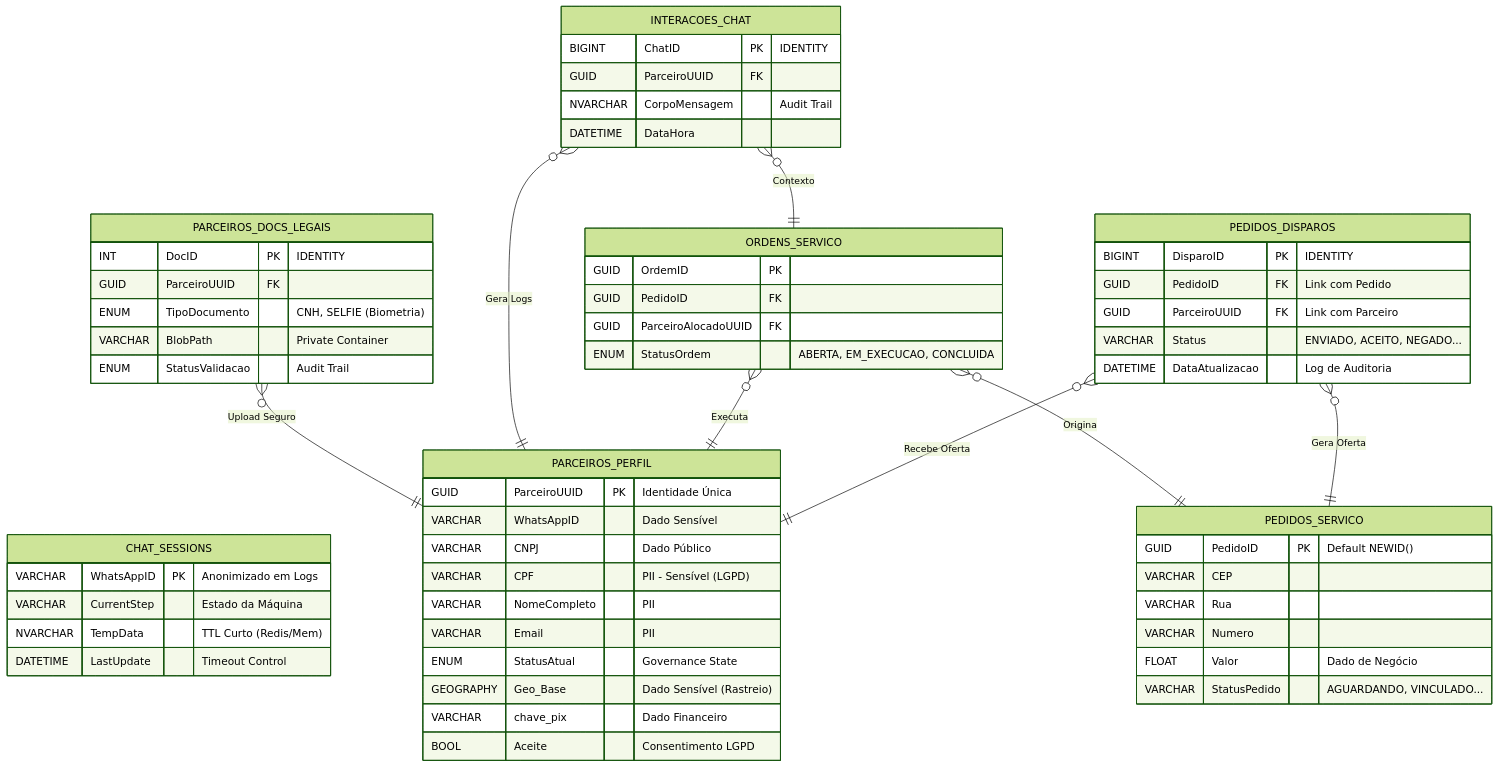
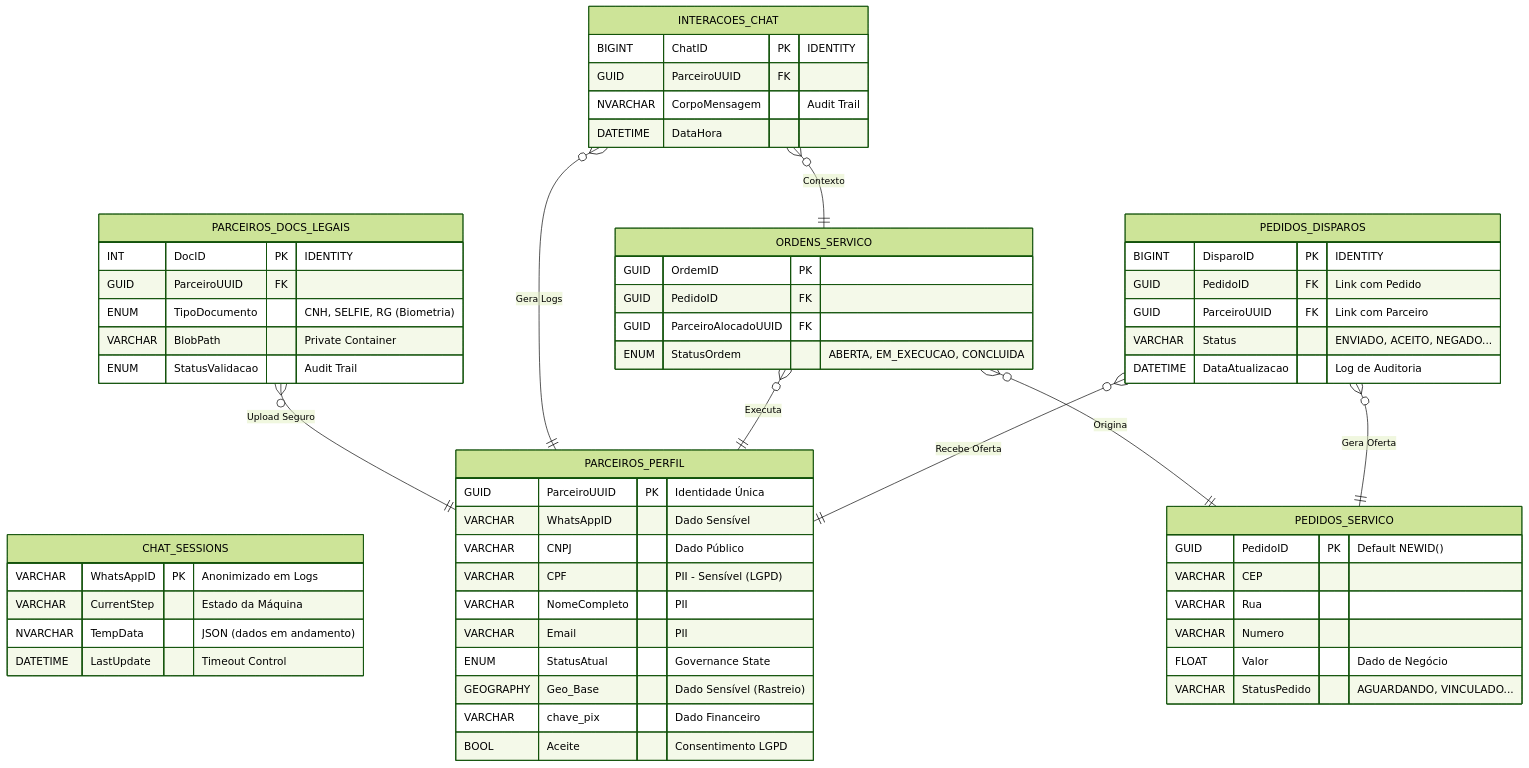
Before and after one commit to LucioFlavioRosa/mvp0: the second of 2 diagrams in docs/Infraestrutura.md, drawn with Mermaid (forest theme). The commit also changed other lines of this file, not shown here.

````diff
--- a/docs/Infraestrutura.md
+++ b/docs/Infraestrutura.md
@@ -102,79 +97,79 @@
 ```mermaid
 erDiagram
     direction BT
 
     %% ========================================================
     %% TABELAS PRINCIPAIS (Resumo)
     %% ========================================================
     CHAT_SESSIONS {
-        VARCHAR WhatsAppID PK "Anonimizado em Logs"  
-        VARCHAR CurrentStep  "Estado da Máquina"  
-        NVARCHAR TempData  "TTL Curto (Redis/Mem)"  
-        DATETIME LastUpdate  "Timeout Control"  
+        VARCHAR WhatsAppID PK "Anonimizado em Logs"
+        VARCHAR CurrentStep  "Estado da Máquina"
+        NVARCHAR TempData  "JSON (dados em andamento)"
+        DATETIME LastUpdate  "Timeout Control"
     }
 
     PARCEIROS_PERFIL {
-        GUID ParceiroUUID PK "Identidade Única"  
-        VARCHAR WhatsAppID  "Dado Sensível"  
-        VARCHAR CNPJ  "Dado Público"  
-        VARCHAR CPF  "PII - Sensível (LGPD)"  
-        VARCHAR NomeCompleto  "PII"  
+        GUID ParceiroUUID PK "Identidade Única"
+        VARCHAR WhatsAppID  "Dado Sensível"
+        VARCHAR CNPJ  "Dado Público"
+        VARCHAR CPF  "PII - Sensível (LGPD)"
+        VARCHAR NomeCompleto  "PII"
         VARCHAR Email "PII"
-        ENUM StatusAtual  "Governance State"  
-        GEOGRAPHY Geo_Base  "Dado Sensível (Rastreio)"  
-        VARCHAR chave_pix  "Dado Financeiro"  
-        BOOL Aceite  "Consentimento LGPD"  
+        ENUM StatusAtual  "Governance State"
+        GEOGRAPHY Geo_Base  "Dado Sensível (Rastreio)"
+        VARCHAR chave_pix  "Dado Financeiro"
+        BOOL Aceite  "Consentimento LGPD"
     }
 
     PARCEIROS_DOCS_LEGAIS {
-        INT DocID PK "IDENTITY"  
-        GUID ParceiroUUID FK ""  
-        ENUM TipoDocumento  "CNH, SELFIE (Biometria)"  
-        VARCHAR BlobPath  "Private Container"  
+        INT DocID PK "IDENTITY"
+        GUID ParceiroUUID FK ""
+        ENUM TipoDocumento  "CNH, SELFIE, RG (Biometria)"
+        VARCHAR BlobPath  "Private Container"
         ENUM StatusValidacao "Audit Trail"
     }
 
     PEDIDOS_SERVICO {
         GUID PedidoID PK "Default NEWID()"
         VARCHAR CEP ""
         VARCHAR Rua ""
         VARCHAR Numero ""
         FLOAT Valor "Dado de Negócio"
         VARCHAR StatusPedido "AGUARDANDO, VINCULADO..."
     }
 
     PEDIDOS_DISPAROS {
         BIGINT DisparoID PK "IDENTITY"
         GUID PedidoID FK "Link com Pedido"
         GUID ParceiroUUID FK "Link com Parceiro"
         VARCHAR Status "ENVIADO, ACEITO, NEGADO..."
         DATETIME DataAtualizacao "Log de Auditoria"
     }
 
     ORDENS_SERVICO {
-        GUID OrdemID PK "" 
+        GUID OrdemID PK ""
         GUID PedidoID FK ""
-        GUID ParceiroAlocadoUUID FK "" 
-        ENUM StatusOrdem  "ABERTA, EM_EXECUCAO, CONCLUIDA" 
+        GUID ParceiroAlocadoUUID FK ""
+        ENUM StatusOrdem  "ABERTA, EM_EXECUCAO, CONCLUIDA"
     }
 
     INTERACOES_CHAT {
-        BIGINT ChatID PK "IDENTITY"  
-        GUID ParceiroUUID FK ""  
-        NVARCHAR CorpoMensagem  "Audit Trail"  
-        DATETIME DataHora  ""  
+        BIGINT ChatID PK "IDENTITY"
+        GUID ParceiroUUID FK ""
+        NVARCHAR CorpoMensagem  "Audit Trail"
+        DATETIME DataHora  ""
     }
 
     %% ========================================================
     %% RELACIONAMENTOS DE SEGURANÇA E NEGÓCIO
     %% ========================================================
     PARCEIROS_PERFIL ||--o{ PARCEIROS_DOCS_LEGAIS : "Upload Seguro"
     PARCEIROS_PERFIL ||--o{ INTERACOES_CHAT : "Gera Logs"
     PARCEIROS_PERFIL ||--o{ ORDENS_SERVICO : "Executa"
     PARCEIROS_PERFIL ||--o{ PEDIDOS_DISPAROS : "Recebe Oferta"
-    
+
     PEDIDOS_SERVICO ||--o{ ORDENS_SERVICO : "Origina"
     PEDIDOS_SERVICO ||--o{ PEDIDOS_DISPAROS : "Gera Oferta"
-    
+
     ORDENS_SERVICO ||--o{ INTERACOES_CHAT : "Contexto"
 ```
````
